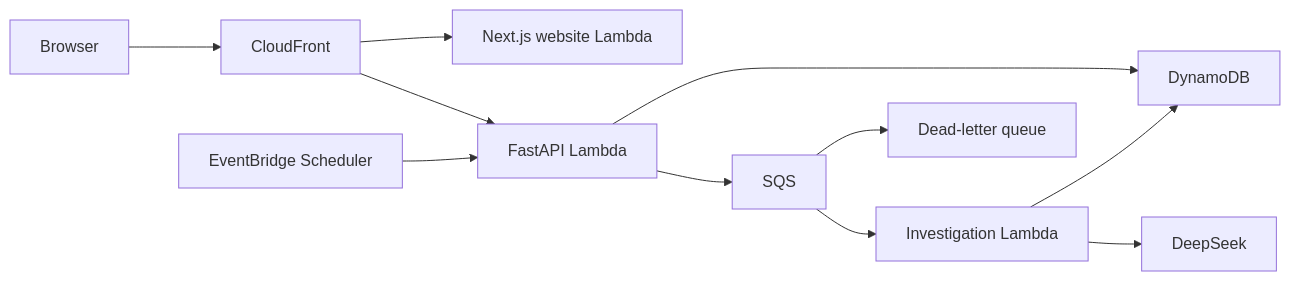
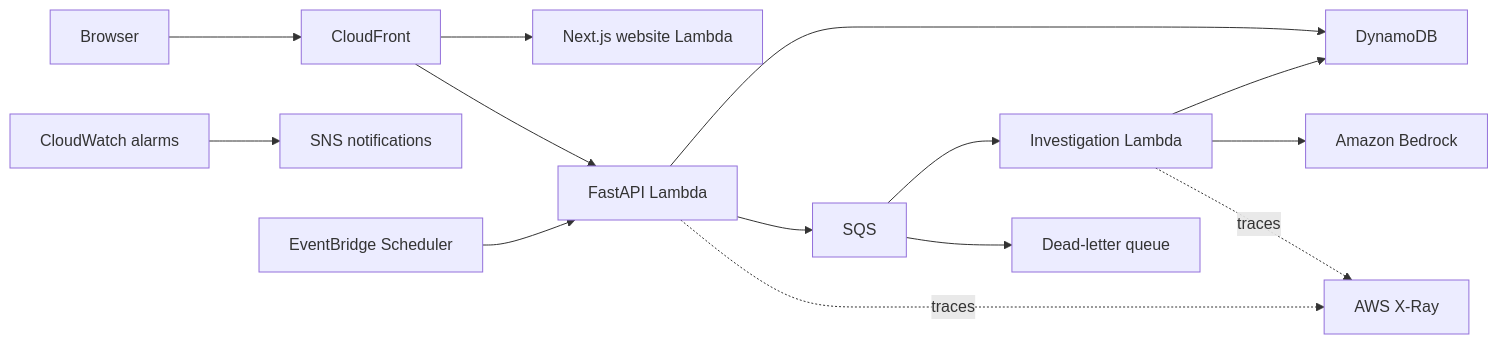
The diagram in docs/architecture.md (HanifCarroll/Switchboard), drawn with Mermaid before and after one commit. The commit also changed other lines of this file and 11 other files, not shown here.

Commit message:
Add AWS observability and Bedrock model integration

````diff
--- a/docs/architecture.md
+++ b/docs/architecture.md
@@ -7,13 +7,16 @@
 ```mermaid
 flowchart LR
     Browser --> CloudFront
     CloudFront --> Website[Next.js website Lambda]
     CloudFront --> API[FastAPI Lambda]
     API --> DynamoDB
     API --> SQS
     SQS --> Worker[Investigation Lambda]
     Worker --> DynamoDB
-    Worker --> DeepSeek
+    Worker --> Bedrock[Amazon Bedrock]
+    API -. traces .-> XRay[AWS X-Ray]
+    Worker -. traces .-> XRay
+    CloudWatch[CloudWatch alarms] --> SNS[SNS notifications]
     SQS --> DLQ[Dead-letter queue]
     Scheduler[EventBridge Scheduler] --> API
 ```
````
